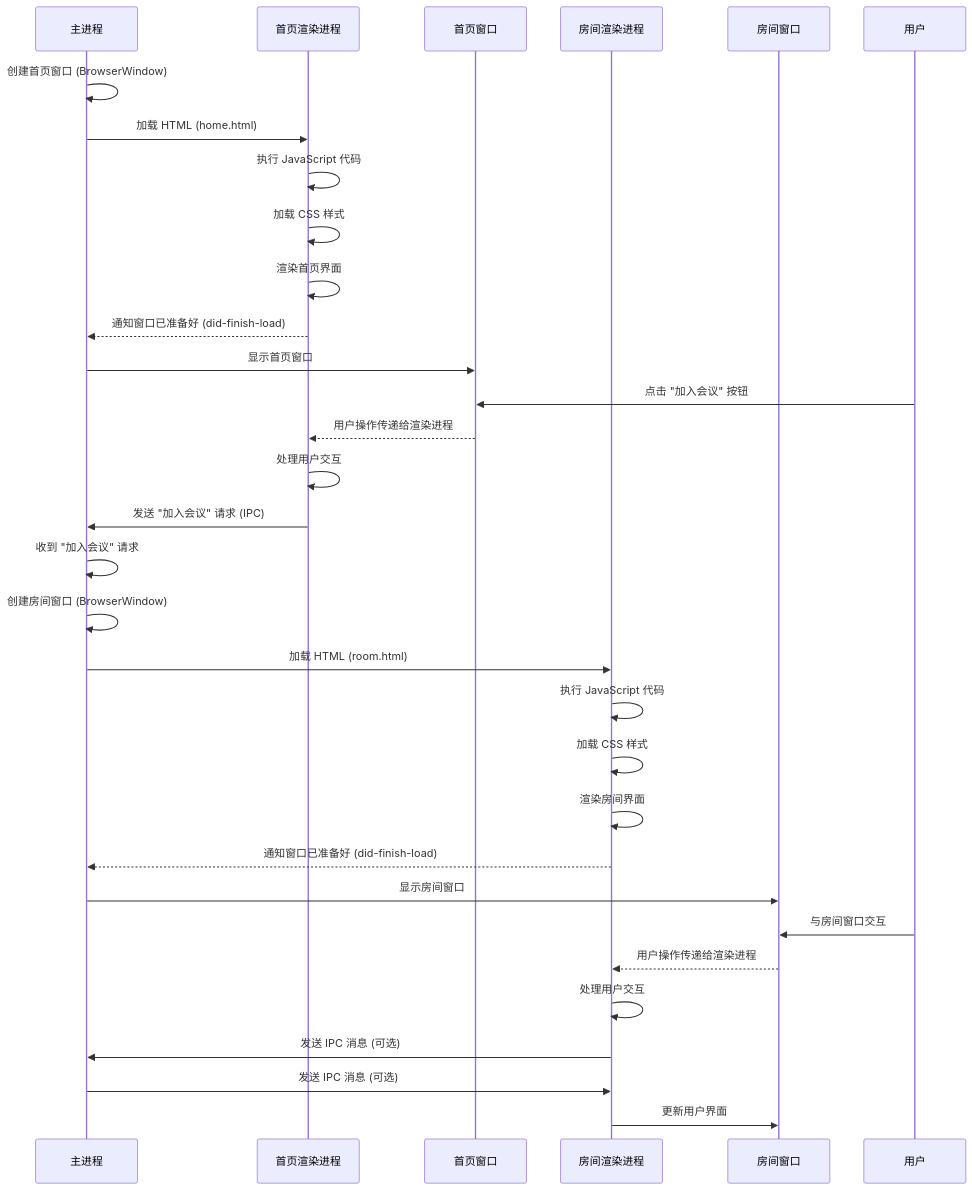
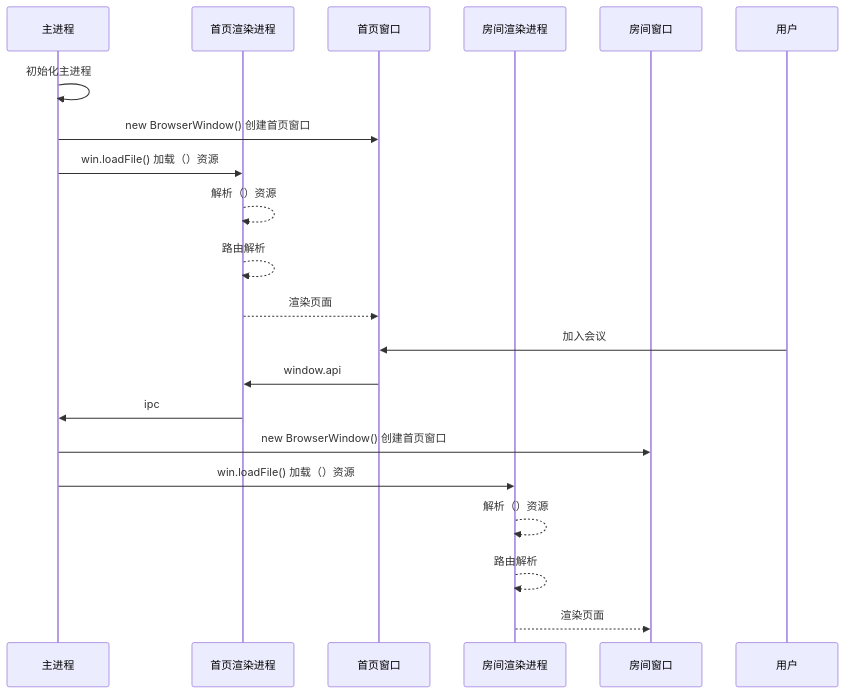
One commit to levi33Y/StudyNotes changed the diagram in dev/sr-sugarTalk/Electron/run.md. Above: the diagram before and after it, drawn with Mermaid. The commit also changed other lines of this file and 35 other files, not shown here.

```diff
--- a/dev/sr-sugarTalk/Electron/run.md
+++ b/dev/sr-sugarTalk/Electron/run.md
@@ -7,39 +7,26 @@
 ~~~mermaid
 sequenceDiagram
     participant MainProcess as 主进程
     participant HomeRenderer as 首页渲染进程
     participant HomeWindow as 首页窗口
     participant RoomRenderer as 房间渲染进程
     participant RoomWindow as 房间窗口
     participant User as 用户
 
-    MainProcess->>MainProcess: 创建首页窗口 (BrowserWindow)
-    MainProcess->>HomeRenderer: 加载 HTML (home.html)
-    HomeRenderer->>HomeRenderer: 执行 JavaScript 代码
-    HomeRenderer->>HomeRenderer: 加载 CSS 样式
-    HomeRenderer->>HomeRenderer: 渲染首页界面
-    HomeRenderer-->>MainProcess: 通知窗口已准备好 (did-finish-load)
-    MainProcess->>HomeWindow: 显示首页窗口
+		MainProcess->>MainProcess: 初始化主进程
+    MainProcess->>HomeWindow: new BrowserWindow() 创建首页窗口
+    MainProcess->>HomeRenderer: win.loadFile() 加载（）资源
+    HomeRenderer-->>HomeRenderer: 解析（）资源
+    HomeRenderer-->>HomeRenderer: 路由解析
+    HomeRenderer-->>HomeWindow: 渲染页面
 
-    User->>HomeWindow: 点击 "加入会议" 按钮
-    HomeWindow-->>HomeRenderer: 用户操作传递给渲染进程
-    HomeRenderer->>HomeRenderer: 处理用户交互
-    HomeRenderer->>MainProcess: 发送 "加入会议" 请求 (IPC)
-
-    MainProcess->>MainProcess: 收到 "加入会议" 请求
-    MainProcess->>MainProcess: 创建房间窗口 (BrowserWindow)
-    MainProcess->>RoomRenderer: 加载 HTML (room.html)
-    RoomRenderer->>RoomRenderer: 执行 JavaScript 代码
-    RoomRenderer->>RoomRenderer: 加载 CSS 样式
-    RoomRenderer->>RoomRenderer: 渲染房间界面
-    RoomRenderer-->>MainProcess: 通知窗口已准备好 (did-finish-load)
-    MainProcess->>RoomWindow: 显示房间窗口
-
-    User->>RoomWindow: 与房间窗口交互
-    RoomWindow-->>RoomRenderer: 用户操作传递给渲染进程
-    RoomRenderer->>RoomRenderer: 处理用户交互
-    RoomRenderer->>MainProcess: 发送 IPC 消息 (可选)
-    MainProcess->>RoomRenderer: 发送 IPC 消息 (可选)
-    RoomRenderer->>RoomWindow: 更新用户界面
+    User->>HomeWindow: 加入会议
+    HomeWindow ->> HomeRenderer: window.api
+    HomeRenderer ->> MainProcess: ipc
+    MainProcess->>RoomWindow: new BrowserWindow() 创建首页窗口
+    MainProcess->>RoomRenderer: win.loadFile() 加载（）资源
+    RoomRenderer-->>RoomRenderer: 解析（）资源
+    RoomRenderer-->>RoomRenderer: 路由解析
+    RoomRenderer-->>RoomWindow: 渲染页面
          
 ~~~
```
